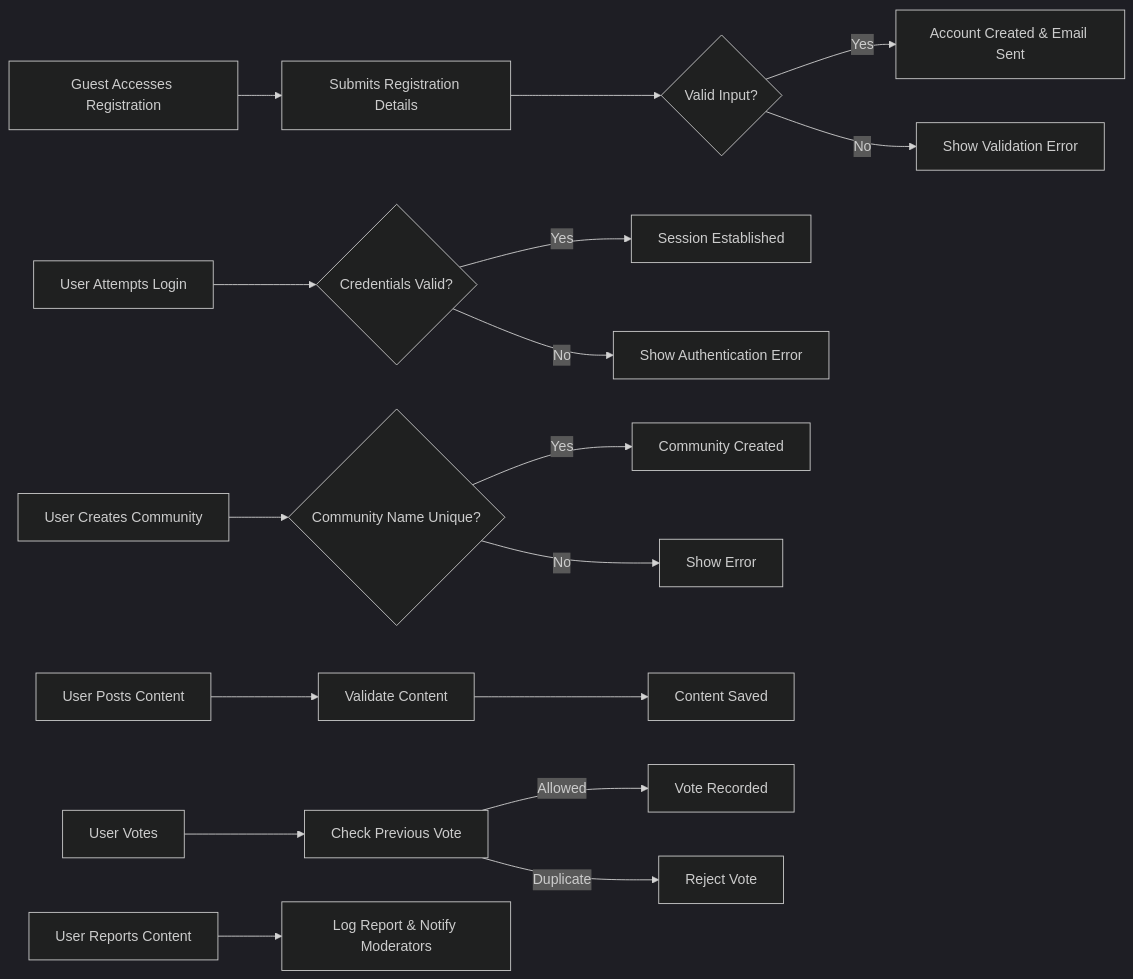
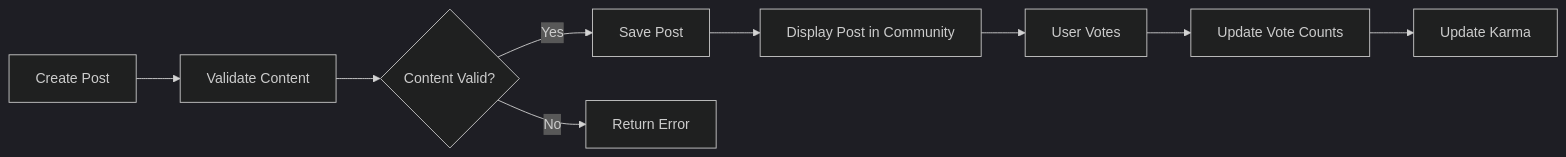
One commit to wrtnlabs/autobe-examples changed the second of 2 diagrams in openai/gpt-4.1-mini/reddit/docs/analysis/01-service-overview.md. Above: the diagram before and after it, drawn with Mermaid (dark theme). The commit also changed other lines of this file and 22498 other files, not shown here.

````diff
--- a/openai/gpt-4.1-mini/reddit/docs/analysis/01-service-overview.md
+++ b/openai/gpt-4.1-mini/reddit/docs/analysis/01-service-overview.md
@@ -130,24 +106,11 @@
 ```mermaid
 graph LR
-  A["Guest Accesses Registration"] --> B["Submits Registration Details"]
-  B --> C{"Valid Input?"}
-  C -->|"Yes"| D["Account Created & Email Sent"]
-  C -->|"No"| E["Show Validation Error"]
-
-  F["User Attempts Login"] --> G{"Credentials Valid?"}
-  G -->|"Yes"| H["Session Established"]
-  G -->|"No"| I["Show Authentication Error"]
-
-  J["User Creates Community"] --> K{"Community Name Unique?"}
-  K -->|"Yes"| L["Community Created"]
-  K -->|"No"| M["Show Error"]
-
-  N["User Posts Content"] --> O["Validate Content"]
-  O --> P["Content Saved"]
-
-  Q["User Votes"] --> R["Check Previous Vote"]
-  R -->|"Allowed"| S["Vote Recorded"]
-  R -->|"Duplicate"| T["Reject Vote"]
-
-  U["User Reports Content"] --> V["Log Report & Notify Moderators"]
+  A["Create Post"] --> B["Validate Content"]
+  B --> C{"Content Valid?"}
+  C -->|"Yes"| D["Save Post"]
+  C -->|"No"| E["Return Error"]
+  D --> F["Display Post in Community"]
+  F --> G["User Votes"]
+  G --> H["Update Vote Counts"]
+  H --> I["Update Karma"]
 ```
````
